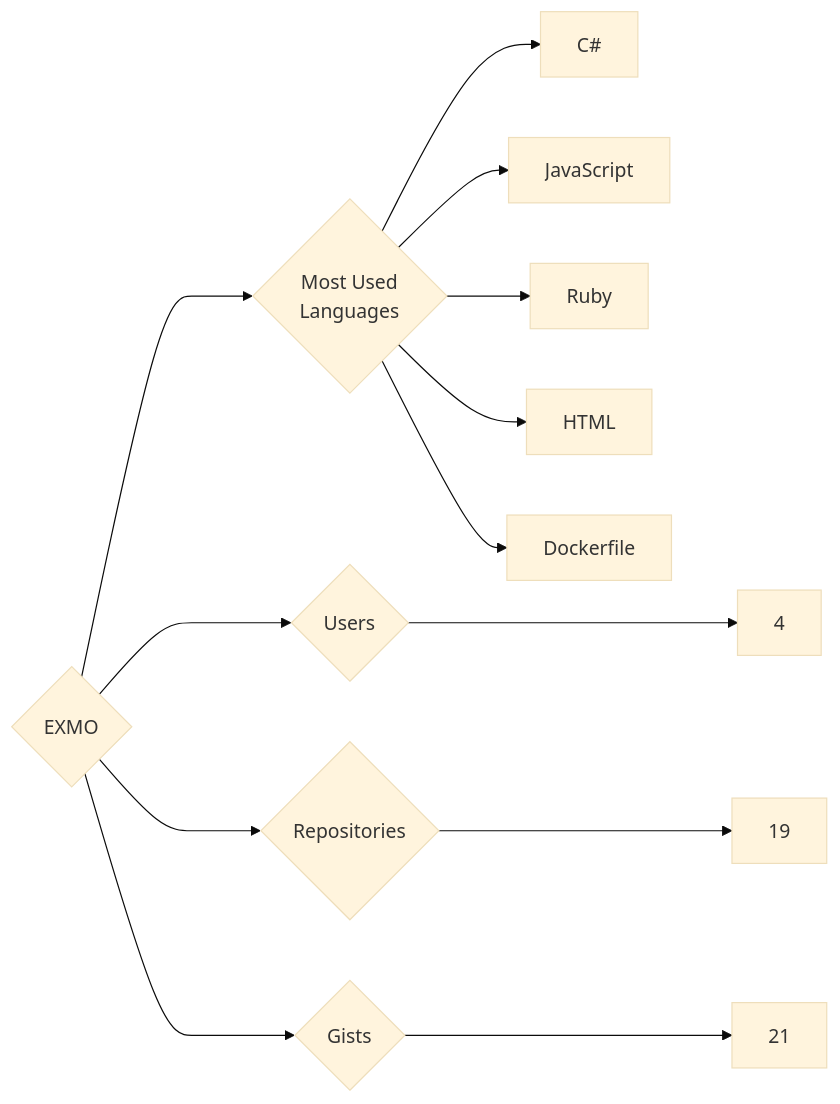
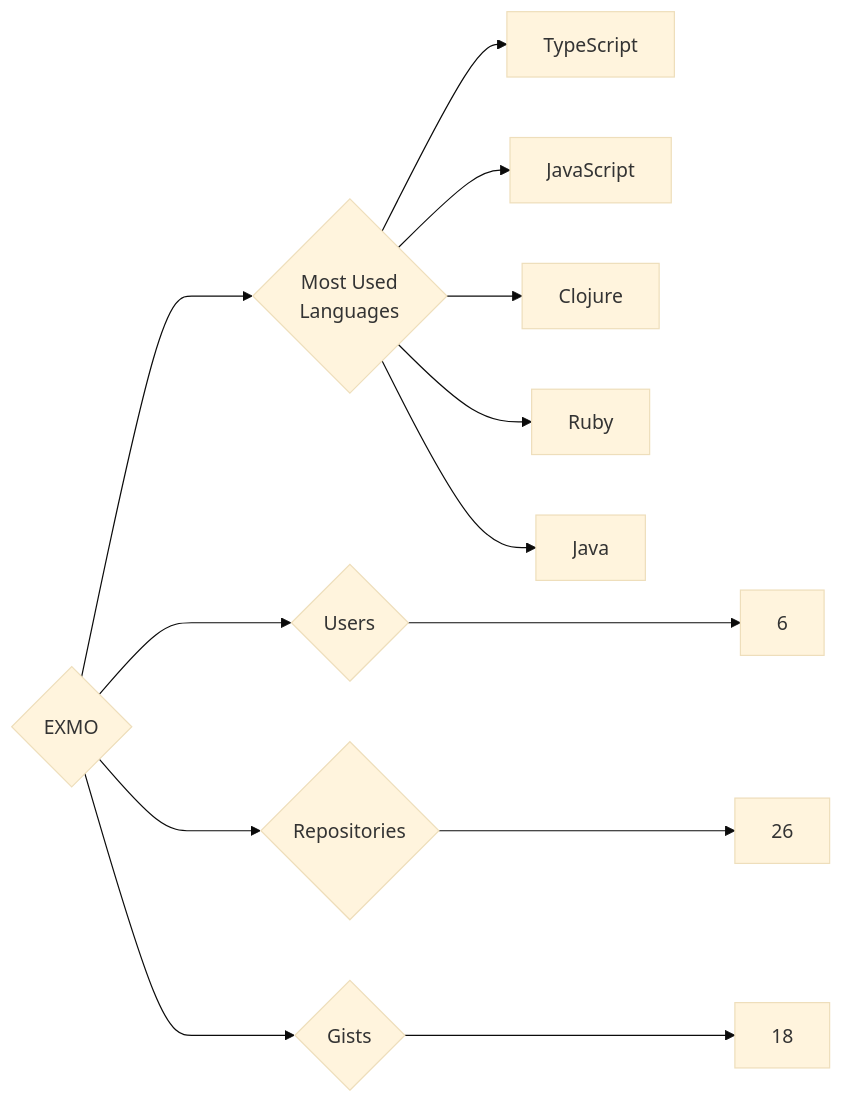
One commit to trickest/insiders changed the diagram in targets/EXMO/README.md. Above: the diagram before and after it, drawn with Mermaid (base theme). The commit also changed 1149 other files, not shown here.

````diff
--- a/targets/EXMO/README.md
+++ b/targets/EXMO/README.md
@@ -3,13 +3,13 @@
 ```mermaid
 graph LR
 COMPANY_NAME{EXMO}
-COMPANY_NAME ---> U{Users} ---> UN[4]
-COMPANY_NAME ---> R{Repositories} ---> RN[19]
-COMPANY_NAME ---> G{Gists} ---> GN[21]
+COMPANY_NAME ---> U{Users} ---> UN[6]
+COMPANY_NAME ---> R{Repositories} ---> RN[26]
+COMPANY_NAME ---> G{Gists} ---> GN[18]
 COMPANY_NAME ---> ML{Most Used<br>Languages}
-ML --> C#[C#]
+ML --> TypeScript[TypeScript]
 ML --> JavaScript[JavaScript]
+ML --> Clojure[Clojure]
 ML --> Ruby[Ruby]
-ML --> HTML[HTML]
-ML --> Dockerfile[Dockerfile]
+ML --> Java[Java]
 ```
````
